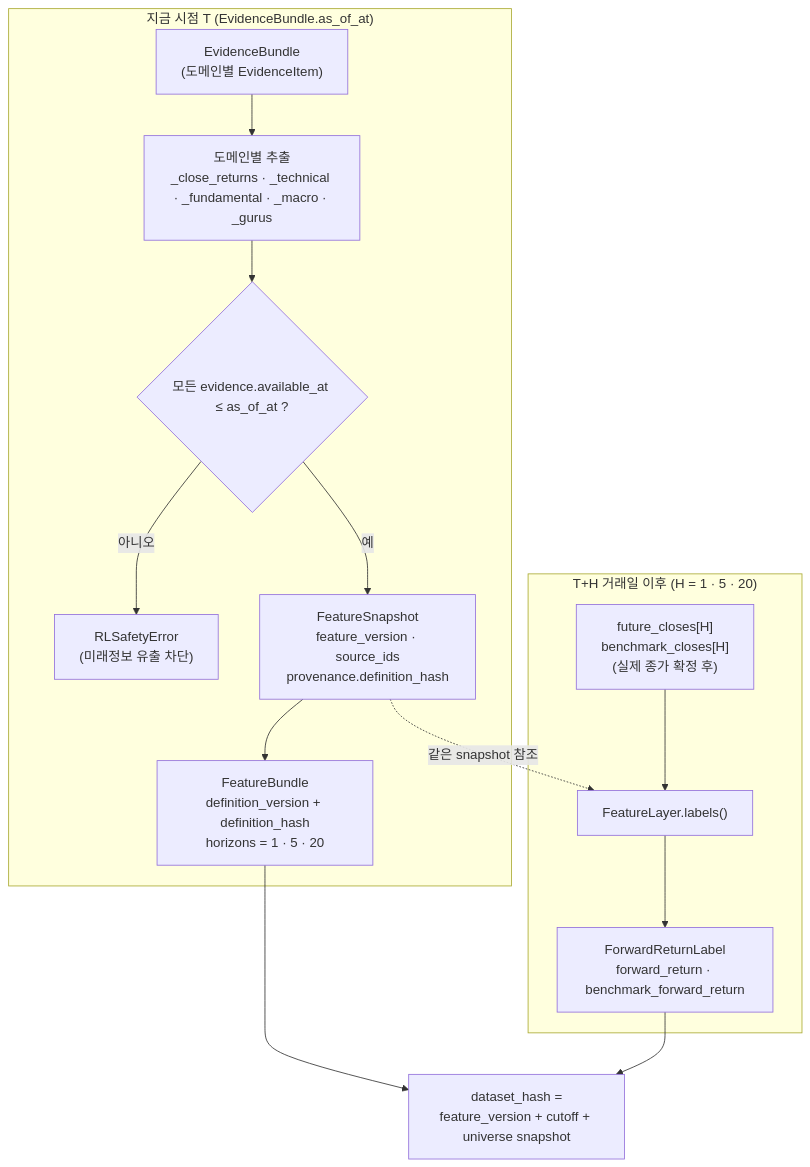
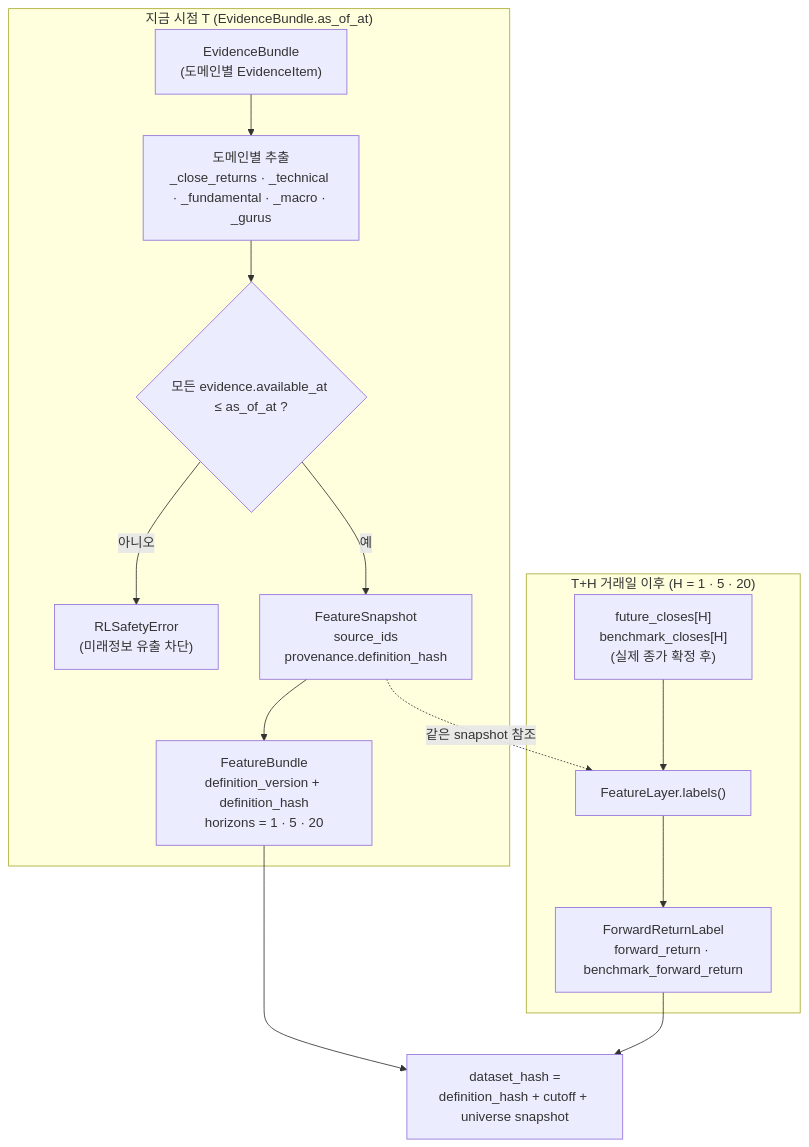
Before and after one commit to parkshinyoung0831/investment-agent: the second of 2 diagrams in docs/INVESTMENT_SYSTEM.md, drawn with Mermaid. The commit also changed other lines of this file and 161 other files, not shown here.

````diff
--- a/docs/INVESTMENT_SYSTEM.md
+++ b/docs/INVESTMENT_SYSTEM.md
@@ -302,19 +302,19 @@
 ```mermaid
 flowchart TD
     subgraph NOW["지금 시점 T (EvidenceBundle.as_of_at)"]
         EB["EvidenceBundle<br/>(도메인별 EvidenceItem)"] --> EXT["도메인별 추출<br/>_close_returns · _technical · _fundamental · _macro · _gurus"]
         EXT --> CHK{"모든 evidence.available_at ≤ as_of_at ?"}
         CHK -- "아니오" --> ERR["RLSafetyError<br/>(미래정보 유출 차단)"]
-        CHK -- "예" --> FS["FeatureSnapshot<br/>feature_version · source_ids<br/>provenance.definition_hash"]
+        CHK -- "예" --> FS["FeatureSnapshot<br/>source_ids<br/>provenance.definition_hash"]
         FS --> FB["FeatureBundle<br/>definition_version + definition_hash<br/>horizons = 1 · 5 · 20"]
     end
 
     subgraph LATER["T+H 거래일 이후 (H = 1 · 5 · 20)"]
         FUT["future_closes[H]<br/>benchmark_closes[H]<br/>(실제 종가 확정 후)"] --> LBL["FeatureLayer.labels()"]
         LBL --> FL["ForwardReturnLabel<br/>forward_return · benchmark_forward_return"]
     end
 
     FS -. "같은 snapshot 참조" .-> LBL
-    FB --> DS["dataset_hash =<br/>feature_version + cutoff + universe snapshot"]
+    FB --> DS["dataset_hash =<br/>definition_hash + cutoff + universe snapshot"]
     FL --> DS
 ```
````
